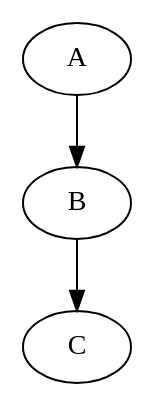
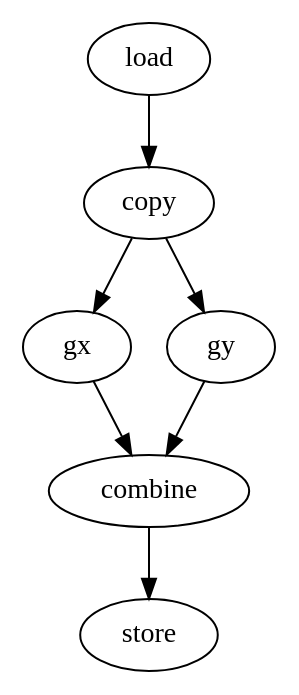
The diagram in sylva/bin/bind/app_graph.gv (silagokth/sylva-suite), drawn with Graphviz before and after one commit. The commit also changed 11 other files, not shown here.

```diff
--- a/sylva/bin/bind/app_graph.gv
+++ b/sylva/bin/bind/app_graph.gv
@@ -1,8 +1,15 @@
 // App Graph
 digraph {
-	A [label=A]
-	B [label=B]
-	C [label=C]
-	A -> B
-	B -> C
+	load [label=load]
+	copy [label=copy]
+	gx [label=gx]
+	gy [label=gy]
+	combine [label=combine]
+	store [label=store]
+	load -> copy
+	copy -> gx
+	copy -> gy
+	gx -> combine
+	gy -> combine
+	combine -> store
 }
```
